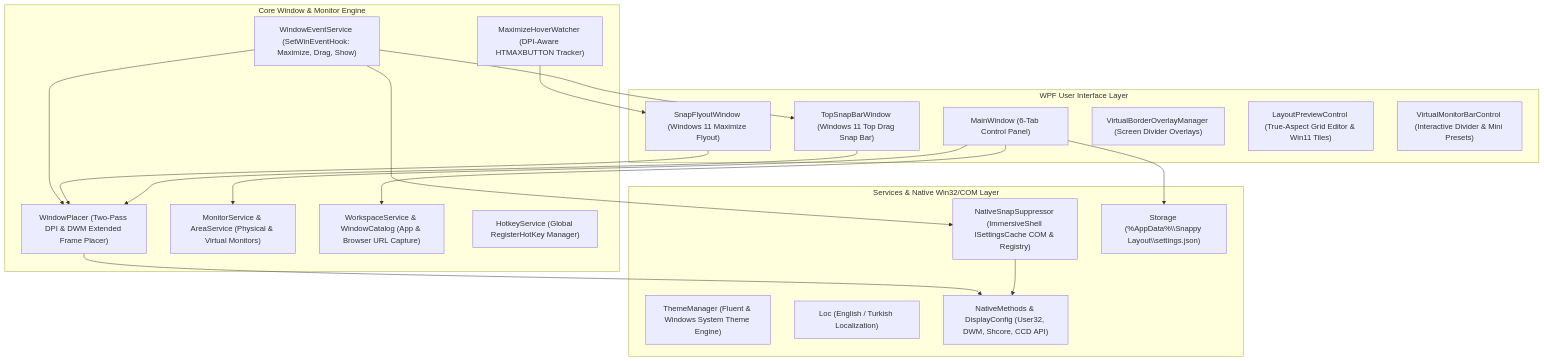
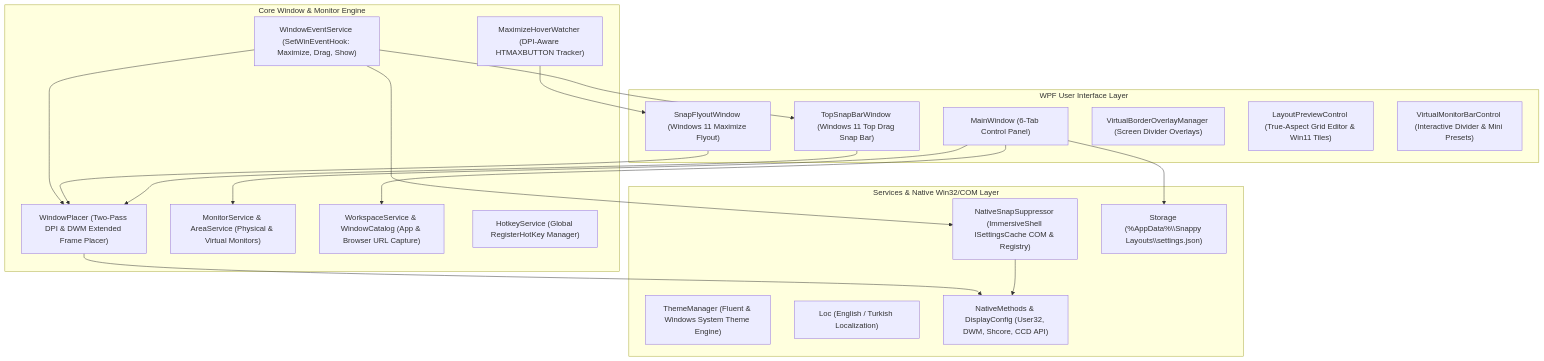
One commit to yusufkilinc44/SnappyLayouts changed the diagram in README.md. Above: the diagram before and after it, drawn with Mermaid. The commit also changed other lines of this file and 43 other files, not shown here.

Commit message:
Release Snappy Layouts v0.25 - Rename to Snappy Layouts, restore Windows Snap on pause/exit, fix Virtual Desktops switcher & Workspaces

````diff
--- a/README.md
+++ b/README.md
@@ -58,40 +58,40 @@
 ```mermaid
 flowchart TD
     subgraph UI["WPF User Interface Layer"]
         MW["MainWindow (6-Tab Control Panel)"]
         SF["SnapFlyoutWindow (Windows 11 Maximize Flyout)"]
         TSB["TopSnapBarWindow (Windows 11 Top Drag Snap Bar)"]
         VBO["VirtualBorderOverlayManager (Screen Divider Overlays)"]
         LPC["LayoutPreviewControl (True-Aspect Grid Editor & Win11 Tiles)"]
         VMB["VirtualMonitorBarControl (Interactive Divider & Mini Presets)"]
     end
 
     subgraph Core["Core Window & Monitor Engine"]
         MHW["MaximizeHoverWatcher (DPI-Aware HTMAXBUTTON Tracker)"]
         WES["WindowEventService (SetWinEventHook: Maximize, Drag, Show)"]
         WP["WindowPlacer (Two-Pass DPI & DWM Extended Frame Placer)"]
         MS["MonitorService & AreaService (Physical & Virtual Monitors)"]
         WS["WorkspaceService & WindowCatalog (App & Browser URL Capture)"]
         HKS["HotkeyService (Global RegisterHotKey Manager)"]
     end
 
     subgraph Services["Services & Native Win32/COM Layer"]
         NSS["NativeSnapSuppressor (ImmersiveShell ISettingsCache COM & Registry)"]
         TM["ThemeManager (Fluent & Windows System Theme Engine)"]
         LOC["Loc (English / Turkish Localization)"]
-        ST["Storage (%AppData%\\Snappy Layout\\settings.json)"]
+        ST["Storage (%AppData%\\Snappy Layouts\\settings.json)"]
         NM["NativeMethods & DisplayConfig (User32, DWM, Shcore, CCD API)"]
     end
 
     MHW --> SF
     WES --> TSB
     WES --> WP
     WES --> NSS
     SF --> WP
     TSB --> WP
     MW --> MS
     MW --> WS
     MW --> ST
     WP --> NM
     NSS --> NM
 ```
````
